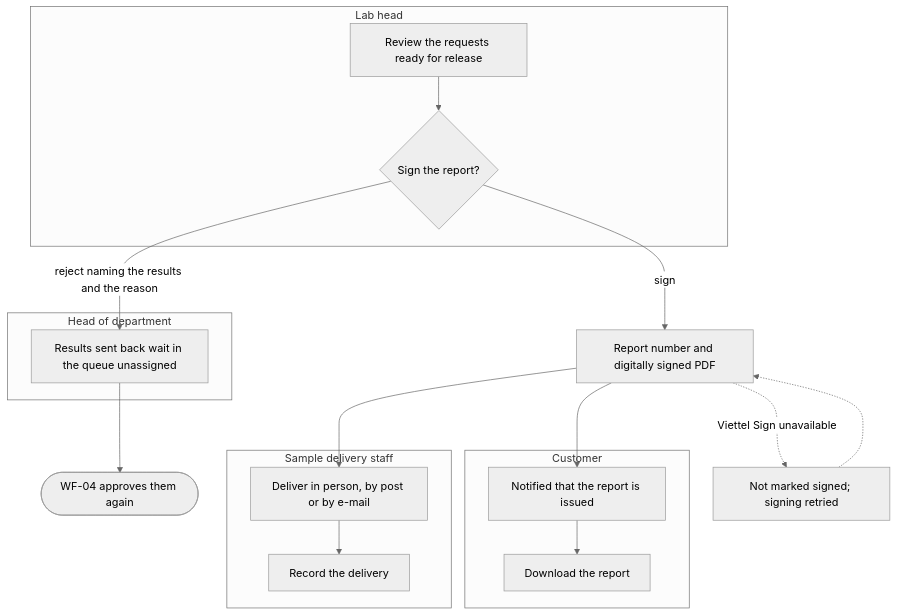
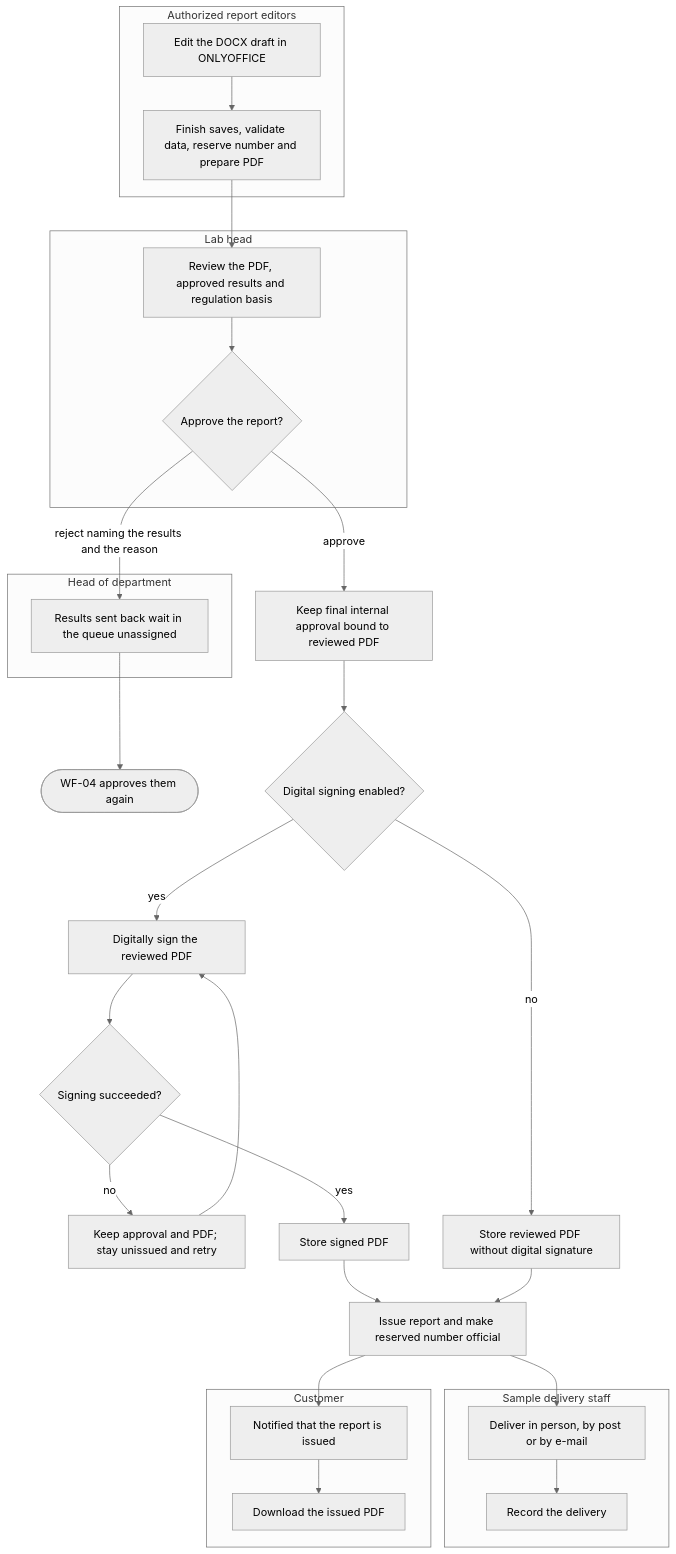
Before and after one commit to SoltuneMontepre/medilab: the sixth of 17 diagrams in docs/functional/business-flows.md, drawn with Mermaid (neutral theme). The commit also changed other lines of this file and 47 other files, not shown here.

````diff
--- a/docs/functional/business-flows.md
+++ b/docs/functional/business-flows.md
@@ -271,20 +282,31 @@
 ```mermaid
 flowchart TD
+    subgraph report_editors ["Authorized report editors"]
+        p1[Edit the DOCX draft in ONLYOFFICE] --> p2[Finish saves, validate data, reserve number and prepare PDF]
+    end
     subgraph lane15 ["Lab head"]
-        l1[Review the requests ready for release] --> l2{Sign the report?}
+        l1[Review the PDF, approved results and regulation basis] --> l2{Approve the report?}
     end
     subgraph lane16 ["Head of department"]
         h1[Results sent back wait in the queue unassigned]
     end
     subgraph lane17 ["Sample delivery staff"]
         d1[Deliver in person, by post or by e-mail] --> d2[Record the delivery]
     end
     subgraph lane18 ["Customer"]
-        c1[Notified that the report is issued] --> c2[Download the report]
+        c1[Notified that the report is issued] --> c2[Download the issued PDF]
     end
+    p2 --> l1
     l2 -->|reject naming the results and the reason| h1 --> wf04([WF-04 approves them again])
-    l2 -->|sign| issued[Report number and digitally signed PDF]
+    l2 -->|approve| approved[Keep final internal approval bound to reviewed PDF]
+    approved --> enabled{Digital signing enabled?}
+    enabled -->|yes| digital[Digitally sign the reviewed PDF]
+    digital --> success{Signing succeeded?}
+    success -->|no| retry[Keep approval and PDF; stay unissued and retry] --> digital
+    success -->|yes| stored[Store signed PDF]
+    enabled -->|no| plain[Store reviewed PDF without digital signature]
+    stored --> issued[Issue report and make reserved number official]
+    plain --> issued
     issued --> d1
     issued --> c1
-    issued -.->|Viettel Sign unavailable| retry["Not marked signed; signing retried"] -.-> issued
 ```
````
